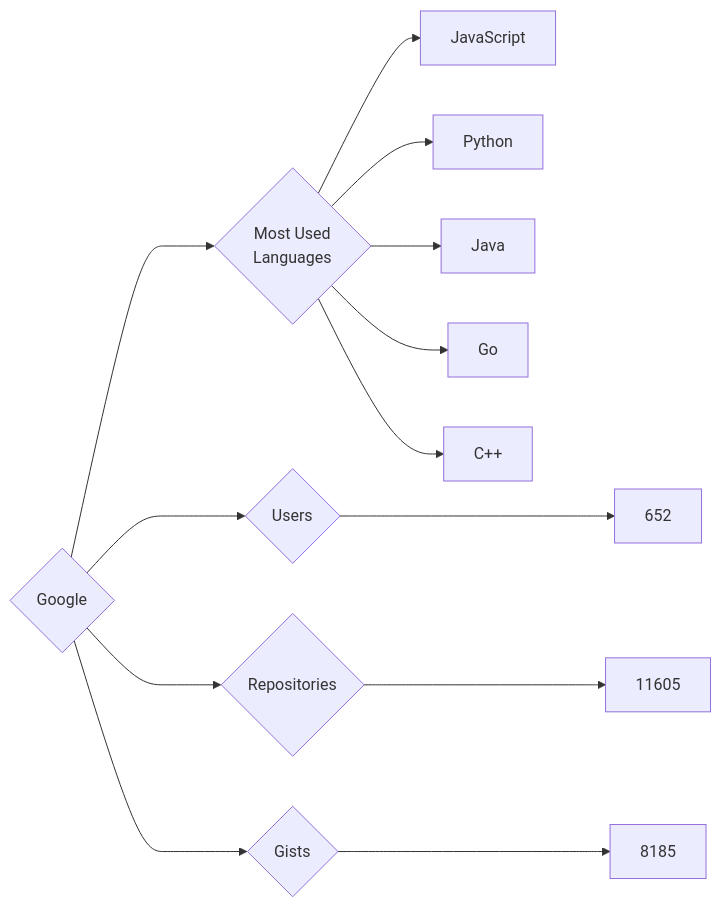
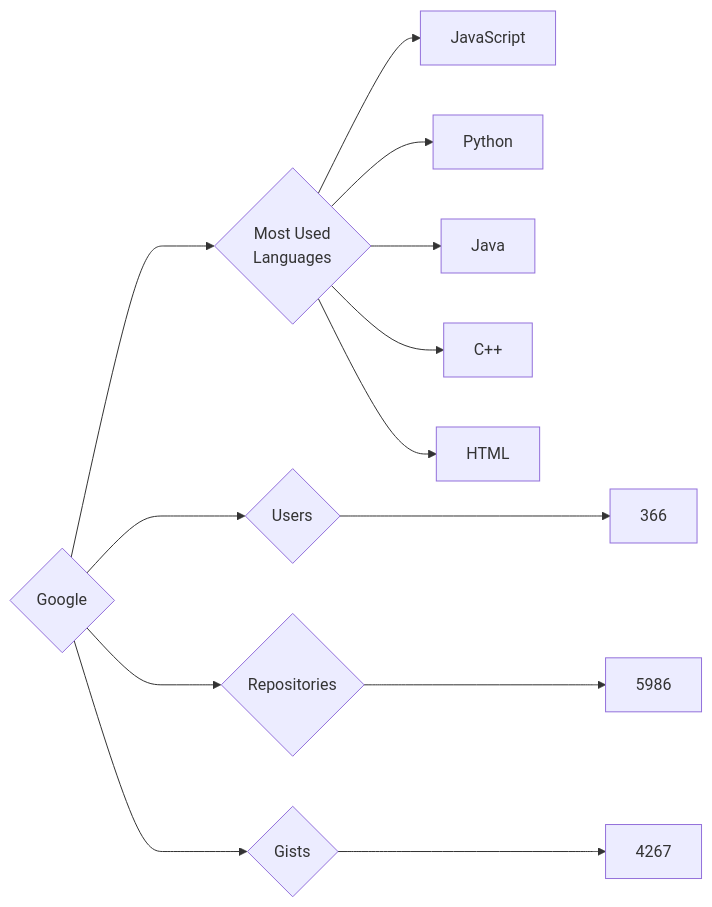
Before and after one commit to trickest/insiders: the diagram in targets/Google/README.md, drawn with Mermaid. The commit also changed 944 other files, not shown here.

````diff
--- a/targets/Google/README.md
+++ b/targets/Google/README.md
@@ -3,13 +3,13 @@
 ```mermaid
 graph LR
 COMPANY_NAME{Google}
-COMPANY_NAME ---> U{Users} ---> UN[652]
-COMPANY_NAME ---> R{Repositories} ---> RN[11605]
-COMPANY_NAME ---> G{Gists} ---> GN[8185]
+COMPANY_NAME ---> U{Users} ---> UN[366]
+COMPANY_NAME ---> R{Repositories} ---> RN[5986]
+COMPANY_NAME ---> G{Gists} ---> GN[4267]
 COMPANY_NAME ---> ML{Most Used<br>Languages}
 ML --> JavaScript[JavaScript]
 ML --> Python[Python]
 ML --> Java[Java]
-ML --> Go[Go]
 ML --> C++[C++]
+ML --> HTML[HTML]
 ```
````
